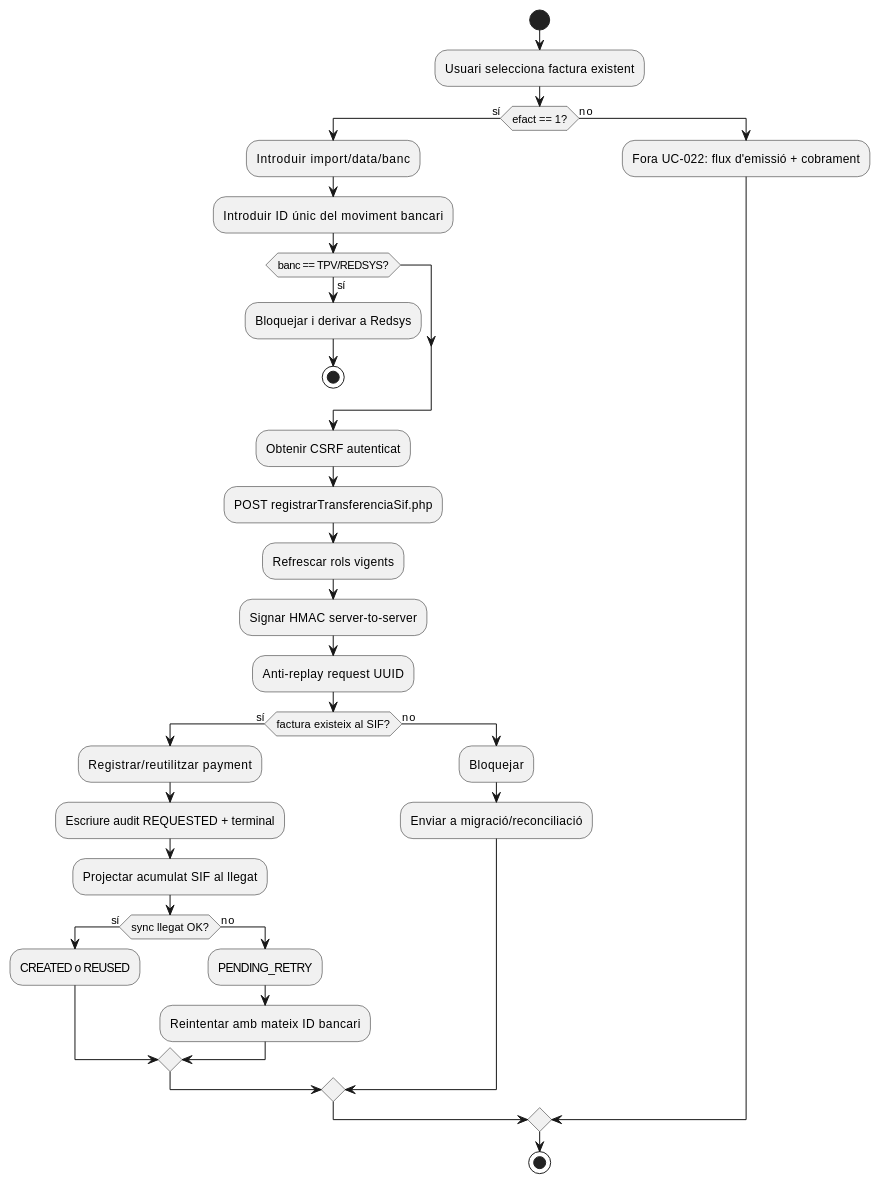
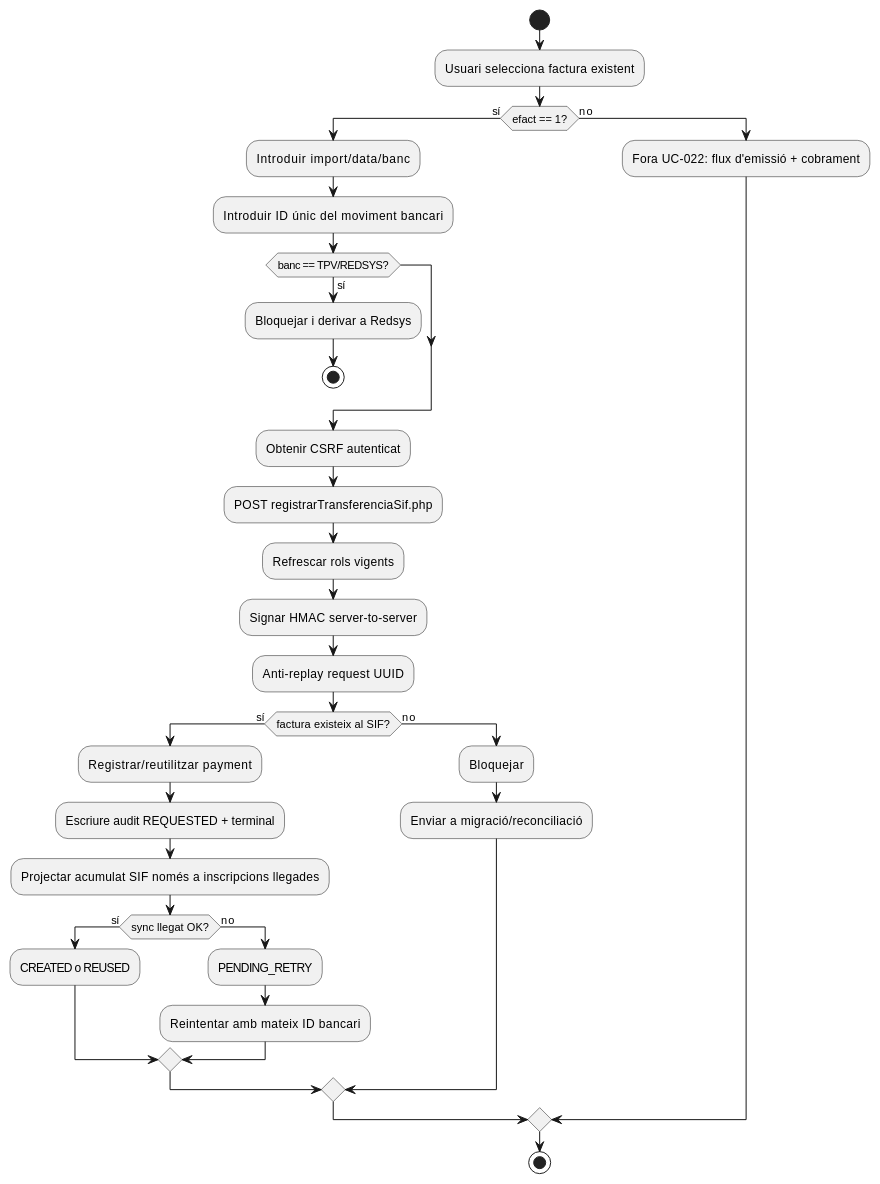
One commit to orgmeriemprismacat-del/verifactu changed the seventh of 7 diagrams in documentacio/07-uml-integrat/uc-022-activitats-pagines-actual-final.md. Above: the diagram before and after it, drawn with PlantUML. The commit also changed other lines of this file, not shown here.

Commit message:
docs(uc-022): align activities and status with preproduction-ready flow

````diff
--- a/documentacio/07-uml-integrat/uc-022-activitats-pagines-actual-final.md
+++ b/documentacio/07-uml-integrat/uc-022-activitats-pagines-actual-final.md
@@ -189,36 +190,36 @@
 ```plantuml
 @startuml
 start
 :Usuari selecciona factura existent;
 if (efact == 1?) then (sí)
   :Introduir import/data/banc;
   :Introduir ID únic del moviment bancari;
   if (banc == TPV/REDSYS?) then (sí)
     :Bloquejar i derivar a Redsys;
     stop
   endif
   :Obtenir CSRF autenticat;
   :POST registrarTransferenciaSif.php;
   :Refrescar rols vigents;
   :Signar HMAC server-to-server;
   :Anti-replay request UUID;
   if (factura existeix al SIF?) then (sí)
     :Registrar/reutilitzar payment;
     :Escriure audit REQUESTED + terminal;
-    :Projectar acumulat SIF al llegat;
+    :Projectar acumulat SIF només a inscripcions llegades;
     if (sync llegat OK?) then (sí)
       :CREATED o REUSED;
     else (no)
       :PENDING_RETRY;
       :Reintentar amb mateix ID bancari;
     endif
   else (no)
     :Bloquejar;
     :Enviar a migració/reconciliació;
   endif
 else (no)
   :Fora UC-022: flux d'emissió + cobrament;
 endif
 stop
 @enduml
 ```
````
